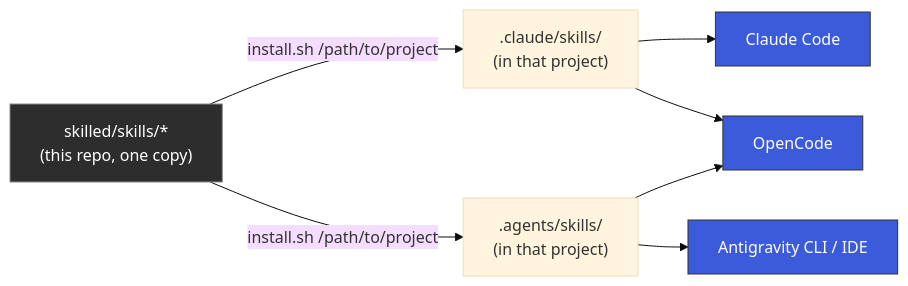
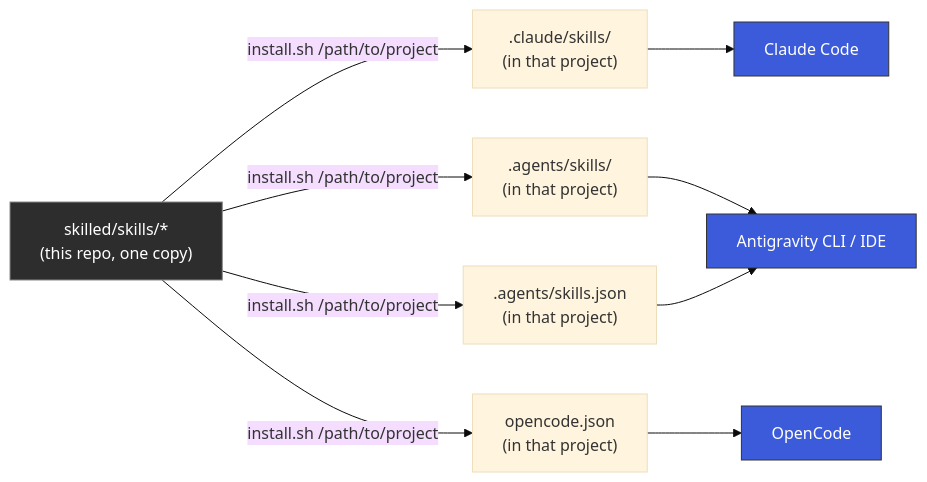
One commit to SonPhumrin/skilled changed the diagram in README.md. Above: the diagram before and after it, drawn with Mermaid (base theme). The commit also changed other lines of this file and 14 other files, not shown here.

````diff
--- a/README.md
+++ b/README.md
@@ -13,17 +13,19 @@
 ```mermaid
 flowchart LR
     Repo["skilled/skills/*<br/>(this repo, one copy)"]
 
     Repo -- "install.sh /path/to/project" --> ClaudeDir[".claude/skills/<br/>(in that project)"]
     Repo -- "install.sh /path/to/project" --> AgentsDir[".agents/skills/<br/>(in that project)"]
+    Repo -- "install.sh /path/to/project" --> SkillsJson[".agents/skills.json<br/>(in that project)"]
+    Repo -- "install.sh /path/to/project" --> OcJson["opencode.json<br/>(in that project)"]
 
     ClaudeDir --> ClaudeCode["Claude Code"]
-    ClaudeDir --> OpenCode["OpenCode"]
-    AgentsDir --> OpenCode
     AgentsDir --> Antigravity["Antigravity CLI / IDE"]
+    SkillsJson --> Antigravity
+    OcJson --> OpenCode["OpenCode"]
 
     style Repo fill:#2d2d2d,color:#fff,stroke:#888
     style ClaudeCode fill:#3b5bdb,color:#fff,stroke:#333
     style OpenCode fill:#3b5bdb,color:#fff,stroke:#333
     style Antigravity fill:#3b5bdb,color:#fff,stroke:#333
 ```
````
